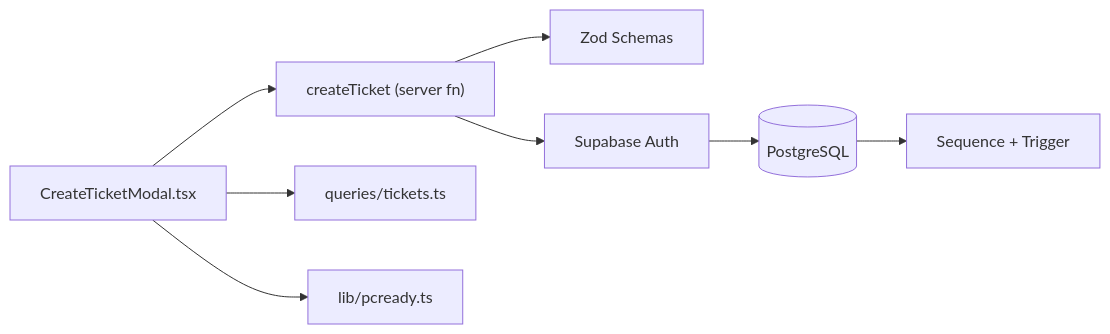
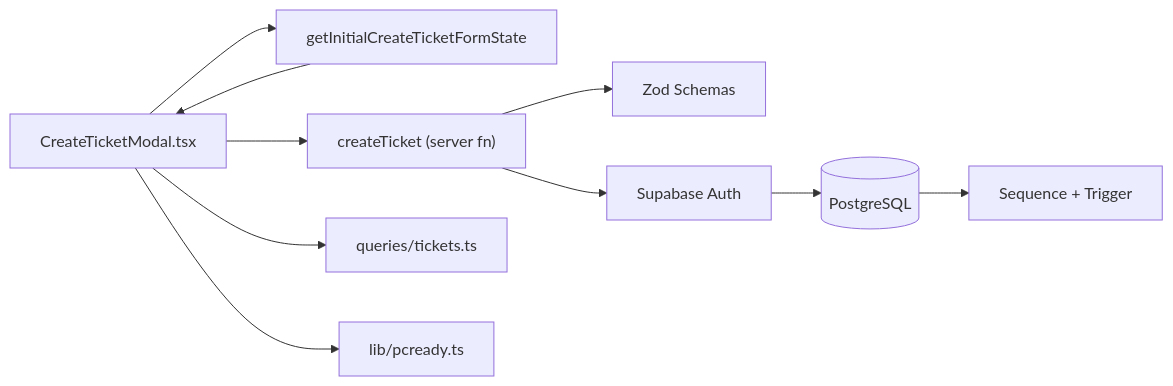
One commit to gastaldellomarco/pcReady changed the seventh of 7 diagrams in .qoder/repowiki/en/content/Ticket Management System/Ticket Creation Workflow.md. Above: the diagram before and after it, drawn with Mermaid. The commit also changed other lines of this file and 15 other files, not shown here.

````diff
--- a/.qoder/repowiki/en/content/Ticket Management System/Ticket Creation Workflow.md
+++ b/.qoder/repowiki/en/content/Ticket Management System/Ticket Creation Workflow.md
@@ -332,10 +387,12 @@
 ```mermaid
 graph LR
-CM["CreateTicketModal.tsx"] --> ST["createTicket (server fn)"]
+CM["CreateTicketModal.tsx"] --> GS["getInitialCreateTicketFormState"]
+CM --> ST["createTicket (server fn)"]
 CM --> Q["queries/tickets.ts"]
 CM --> PC["lib/pcready.ts"]
+GS --> CM
 ST --> ZS["Zod Schemas"]
 ST --> SA["Supabase Auth"]
 SA --> DB[("PostgreSQL")]
 DB --> SEQ["Sequence + Trigger"]
 ```
````
